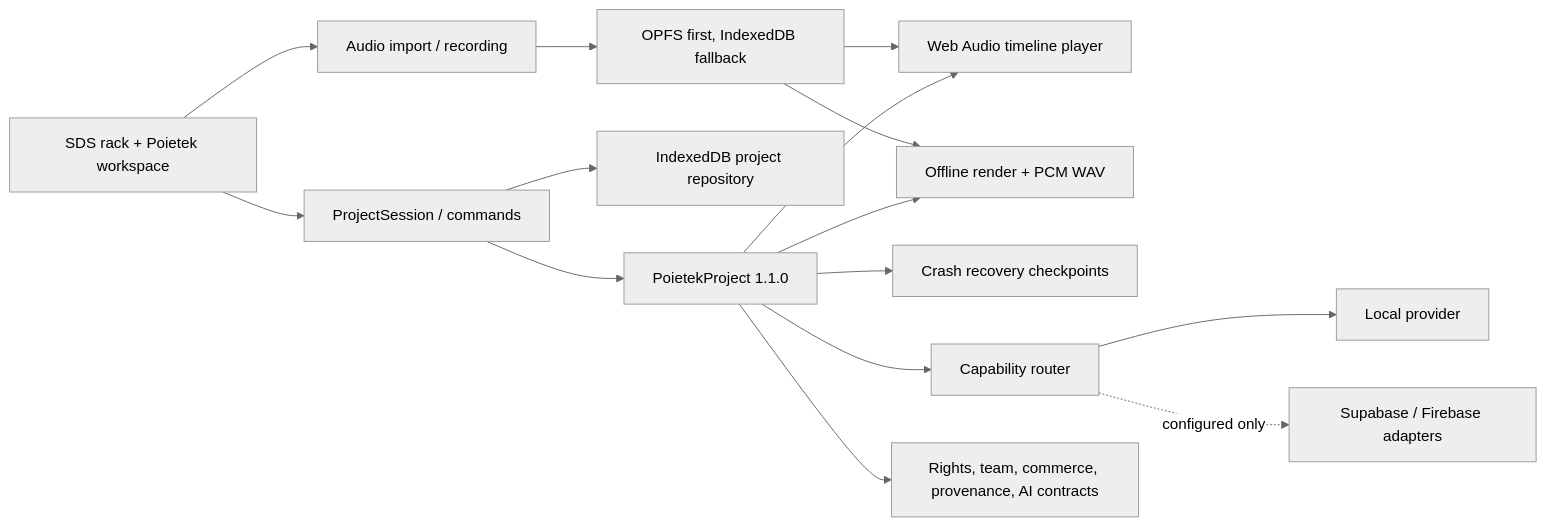
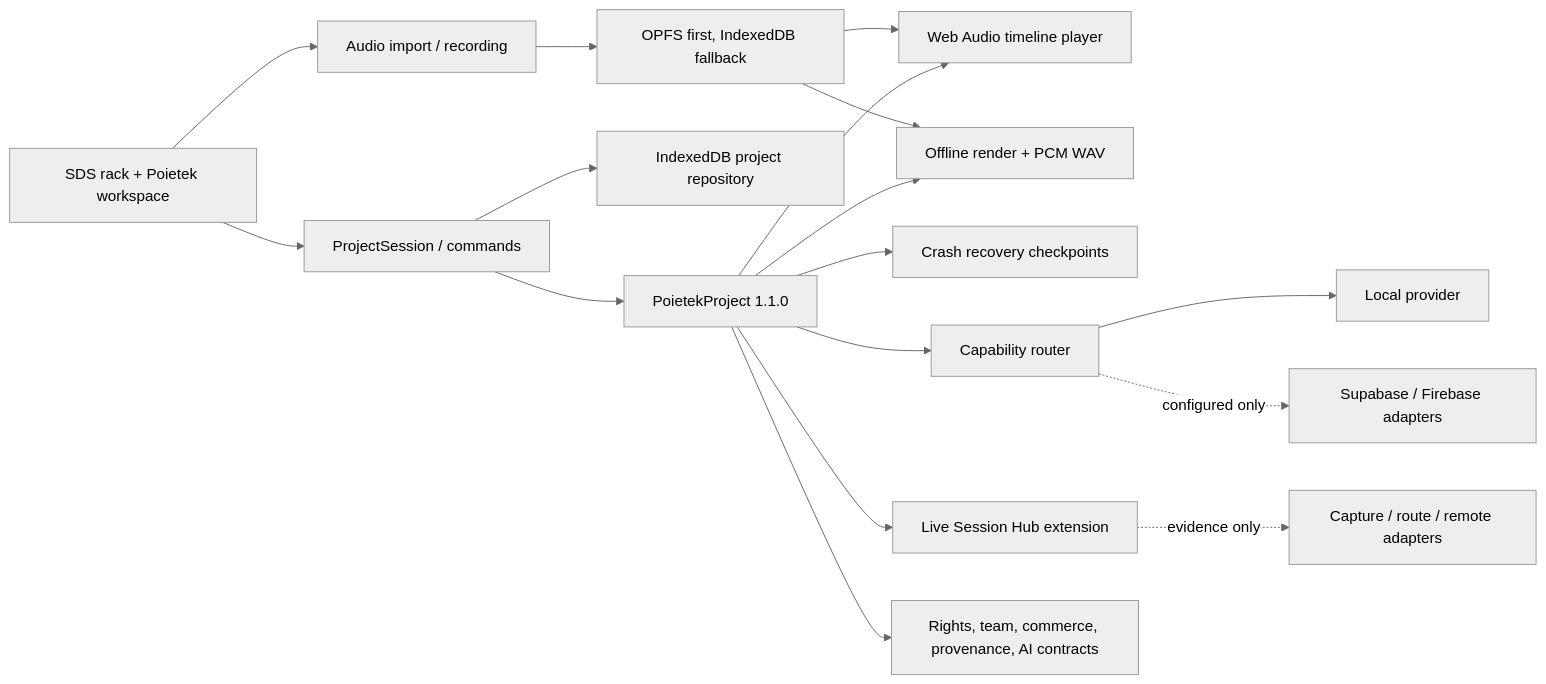
Before and after one commit to jayprophit/Poietek: the diagram in docs/ARCHITECTURE.md, drawn with Mermaid (neutral theme). The commit also changed other lines of this file and 150 other files, not shown here.

````diff
--- a/docs/ARCHITECTURE.md
+++ b/docs/ARCHITECTURE.md
@@ -49,17 +74,19 @@
 ```mermaid
 flowchart LR
   UI["SDS rack + Poietek workspace"] --> Session["ProjectSession / commands"]
   Session --> Project["PoietekProject 1.1.0"]
   Session --> Repository["IndexedDB project repository"]
   UI --> Import["Audio import / recording"]
   Import --> Assets["OPFS first, IndexedDB fallback"]
   Project --> Player["Web Audio timeline player"]
   Assets --> Player
   Project --> Export["Offline render + PCM WAV"]
   Assets --> Export
   Project --> Recovery["Crash recovery checkpoints"]
   Project --> Router["Capability router"]
+  Project --> LiveHub["Live Session Hub extension"]
+  LiveHub -. evidence only .-> Devices["Capture / route / remote adapters"]
   Router --> Local["Local provider"]
   Router -. configured only .-> Cloud["Supabase / Firebase adapters"]
   Project --> Platform["Rights, team, commerce, provenance, AI contracts"]
 ```
````
